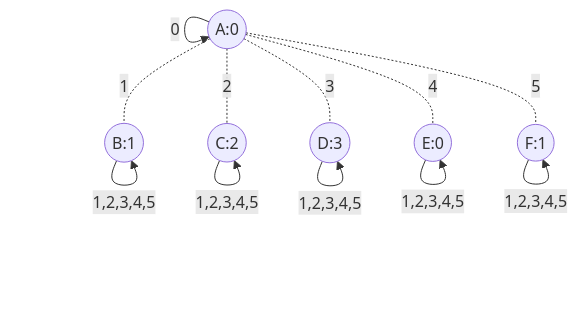
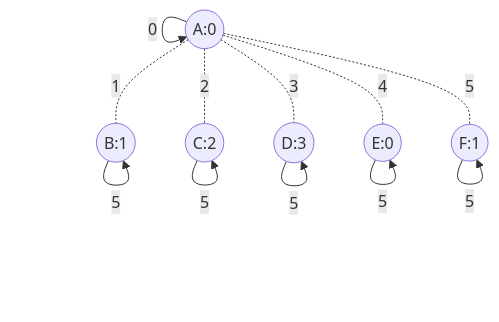
The diagram in Resources/TestMaps/six_rooms_star.md (randomfunkstyle/randomfun2025swift), drawn with Mermaid before and after one commit. The commit also changed 12 other files, not shown here.

````diff
--- a/Resources/TestMaps/six_rooms_star.md
+++ b/Resources/TestMaps/six_rooms_star.md
@@ -3,22 +3,42 @@
 ```mermaid
 graph TD
     A((A:0))
     B((B:1))
     C((C:2))
     D((D:3))
     E((E:0))
     F((F:1))
     
     A -.1.- B
     A -.2.- C
     A -.3.- D
     A -.4.- E
     A -.5.- F
     
     A --0--> A
-    B --1,2,3,4,5--> B
-    C --1,2,3,4,5--> C
-    D --1,2,3,4,5--> D
-    E --1,2,3,4,5--> E
-    F --1,2,3,4,5--> F
+    B --1--> B
+    B --2--> B
+    B --3--> B
+    B --4--> B
+    B --5--> B
+    C --1--> C
+    C --2--> C
+    C --3--> C
+    C --4--> C
+    C --5--> C
+    D --1--> D
+    D --2--> D
+    D --3--> D
+    D --4--> D
+    D --5--> D
+    E --1--> E
+    E --2--> E
+    E --3--> E
+    E --4--> E
+    E --5--> E
+    F --1--> F
+    F --2--> F
+    F --3--> F
+    F --4--> F
+    F --5--> F
 ```
````
